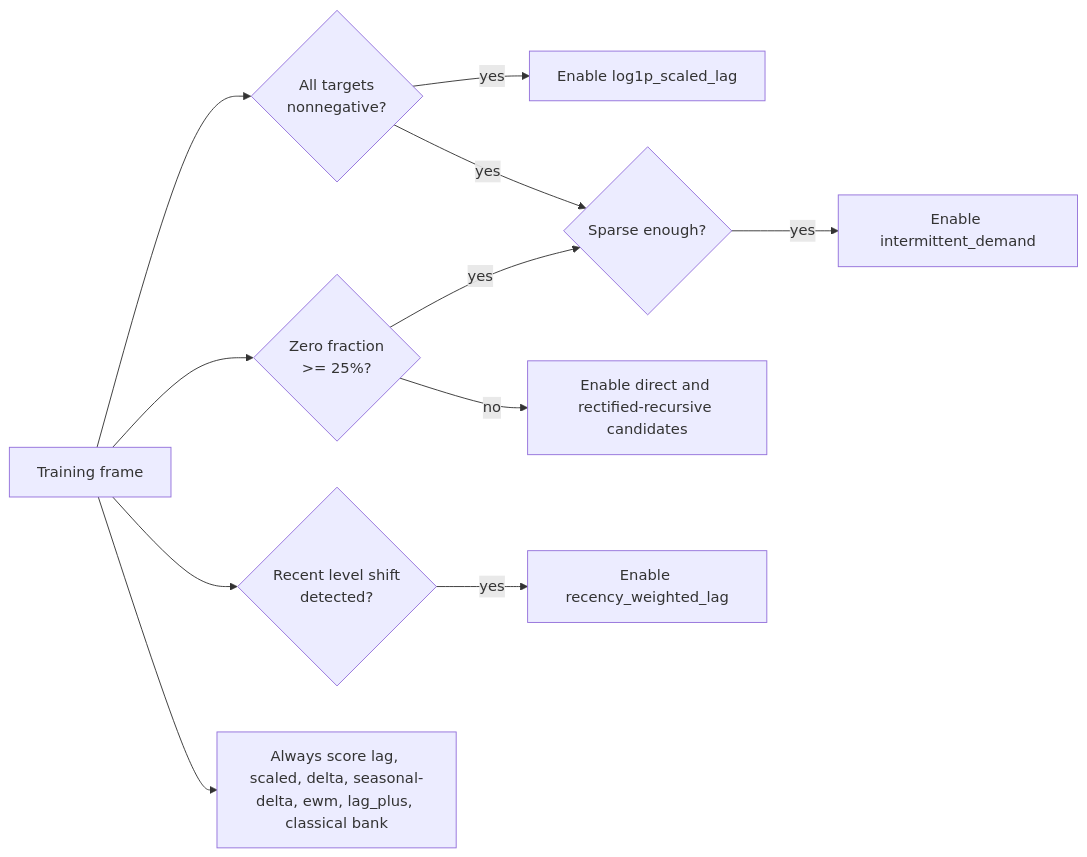
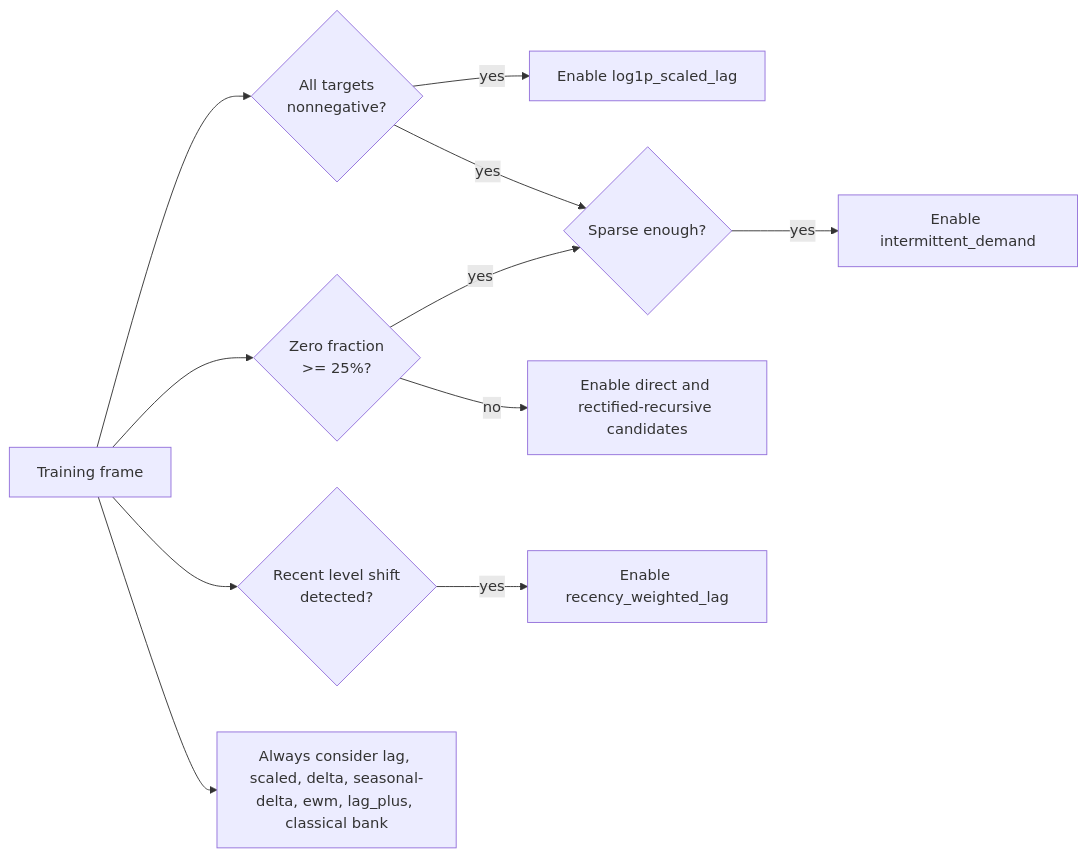
Before and after one commit to TheCulliganMan/CartoBoost: the second of 4 diagrams in docs/user-guide/forecasting-models/auto-forecaster.md, drawn with Mermaid. The commit also changed other lines of this file and 303 other files, not shown here.

````diff
--- a/docs/user-guide/forecasting-models/auto-forecaster.md
+++ b/docs/user-guide/forecasting-models/auto-forecaster.md
@@ -118,13 +127,13 @@
 ```mermaid
 flowchart LR
     A["Training frame"] --> B{"All targets<br/>nonnegative?"}
     A --> C{"Zero fraction<br/>&gt;= 25%?"}
     A --> D{"Recent level shift<br/>detected?"}
     B -- yes --> E["Enable log1p_scaled_lag"]
     B -- yes --> F{"Sparse enough?"}
     C -- yes --> F
     F -- yes --> G["Enable intermittent_demand"]
     C -- no --> H["Enable direct and rectified-recursive candidates"]
     D -- yes --> I["Enable recency_weighted_lag"]
-    A --> J["Always score lag, scaled, delta, seasonal-delta, ewm, lag_plus, classical bank"]
+    A --> J["Always consider lag, scaled, delta, seasonal-delta, ewm, lag_plus, classical bank"]
 ```
````
